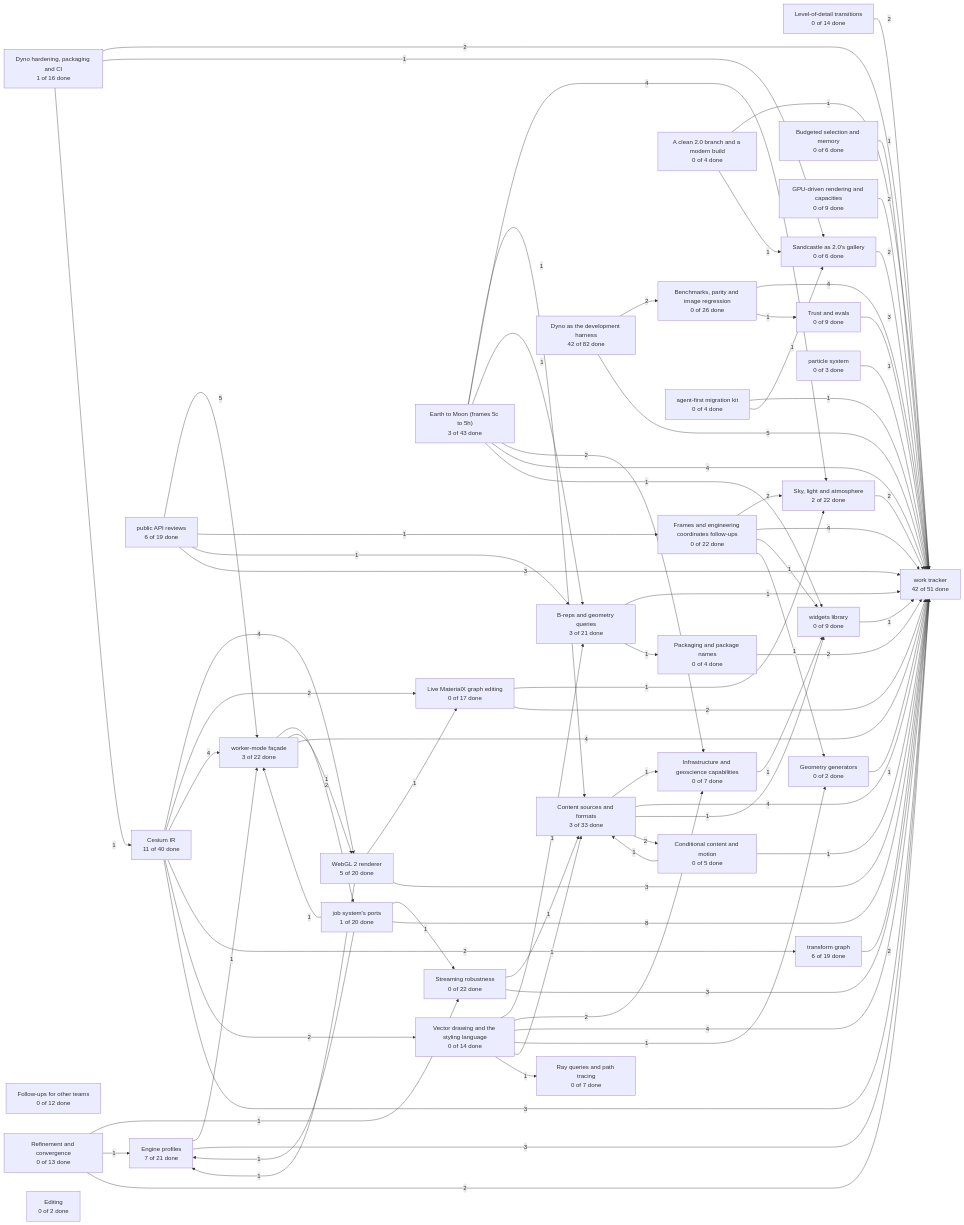
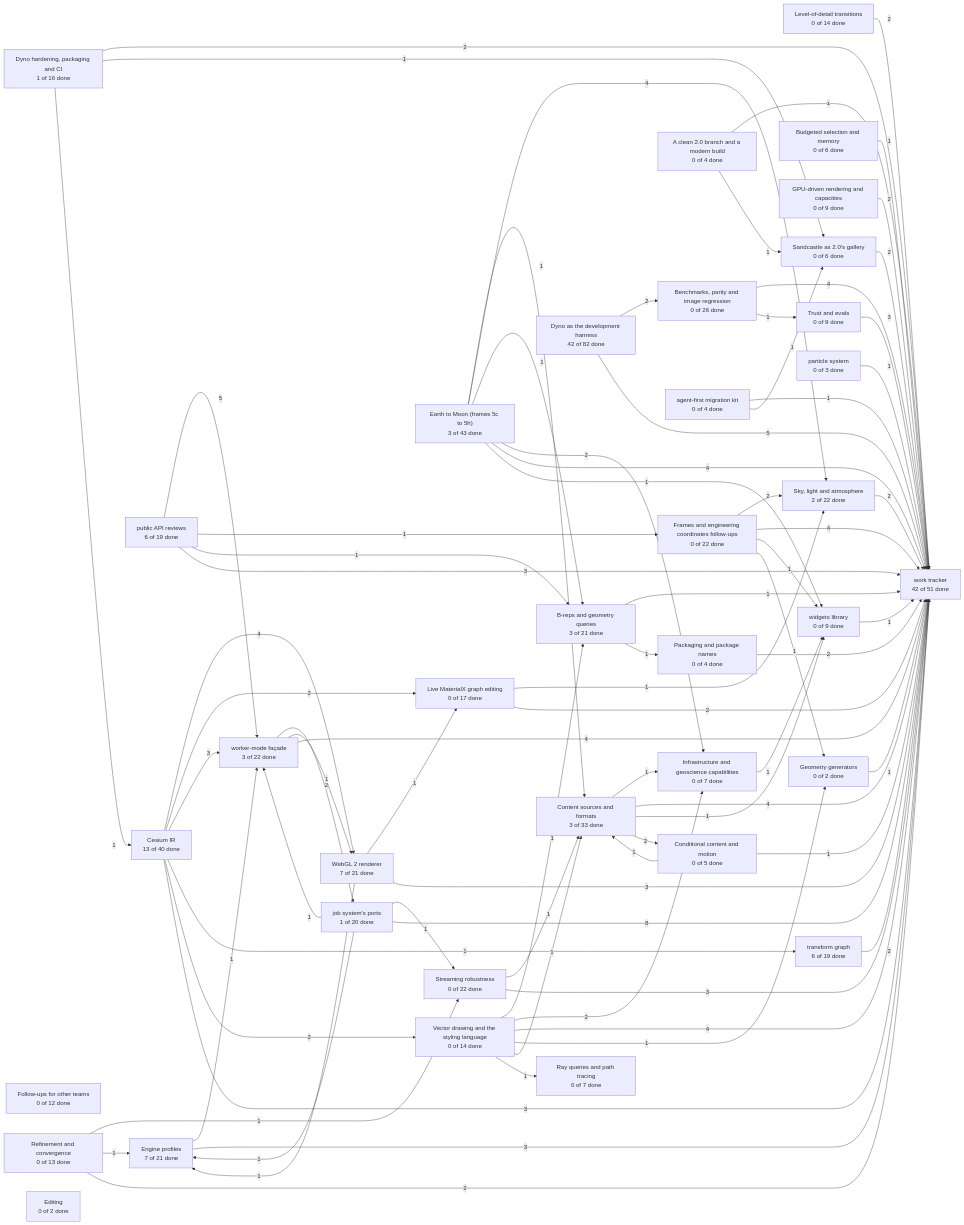
The diagram in packages/next/work/views/projects-graph.md (CesiumGS/cesium), drawn with Mermaid before and after one commit. The commit also changed 9 other files, not shown here.

````diff
--- a/packages/next/work/views/projects-graph.md
+++ b/packages/next/work/views/projects-graph.md
@@ -5,8 +5,8 @@
 ```mermaid
 graph LR
   CS_8["Engine profiles<br/>7 of 21 done"]
-  CS_9["WebGL 2 renderer<br/>5 of 20 done"]
-  CS_10["Cesium IR<br/>11 of 40 done"]
+  CS_9["WebGL 2 renderer<br/>7 of 21 done"]
+  CS_10["Cesium IR<br/>13 of 40 done"]
   CS_11["Live MaterialX graph editing<br/>0 of 17 done"]
   CS_12["job system's ports<br/>1 of 20 done"]
   CS_13["worker-mode façade<br/>3 of 22 done"]
@@ -47,11 +47,11 @@
   CS_9 -->|1| CS_11
   CS_13 -->|2| CS_12
   CS_437 -->|5| CS_13
-  CS_10 -->|4| CS_13
+  CS_10 -->|3| CS_13
   CS_8 -->|1| CS_13
   CS_12 -->|1| CS_13
   CS_15 -->|1| CS_16
-  CS_10 -->|2| CS_17
+  CS_10 -->|1| CS_17
   CS_437 -->|1| CS_189
   CS_10 -->|2| CS_190
   CS_16 -->|1| CS_191
````
